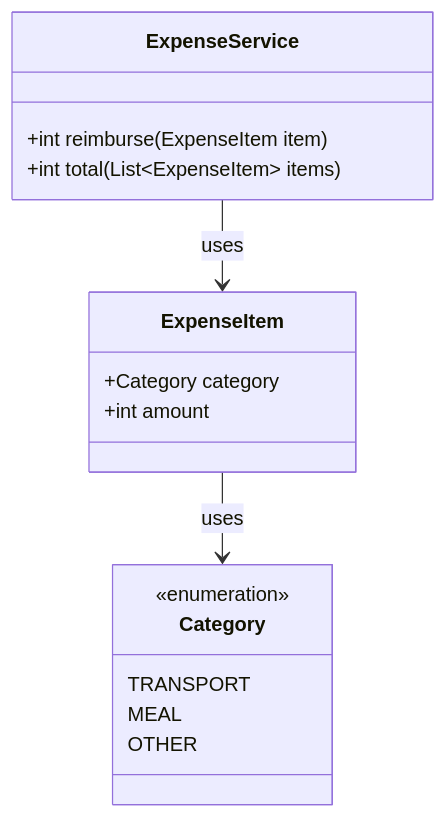
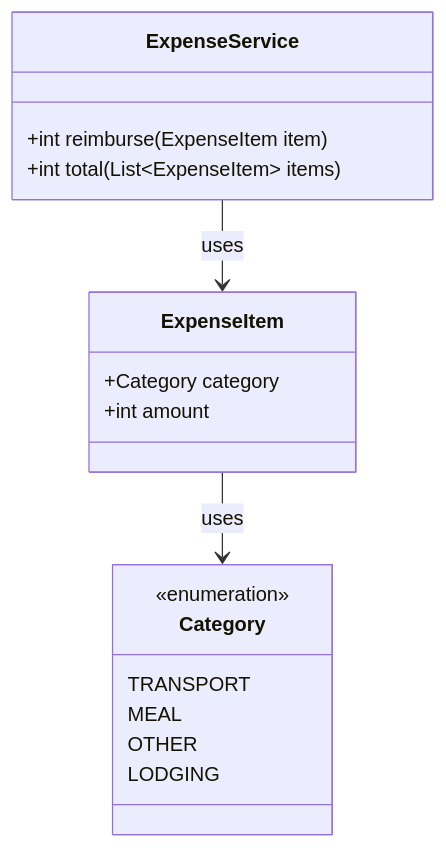
The diagram in README.md (PrimeBrains/genai-training-sandbox-pair08), drawn with Mermaid before and after one commit.

Commit message:
docs: Mermaid 図に LODGING を追加

````diff
--- a/README.md
+++ b/README.md
@@ -43,22 +43,23 @@
 ```mermaid
 classDiagram
     class ExpenseItem {
         +Category category
         +int amount
     }
 
     class Category {
         <<enumeration>>
         TRANSPORT
         MEAL
         OTHER
+        LODGING
     }
 
     class ExpenseService {
         +int reimburse(ExpenseItem item)
         +int total(List~ExpenseItem~ items)
     }
 
     ExpenseItem --> Category : uses
     ExpenseService --> ExpenseItem : uses
 ```
````
